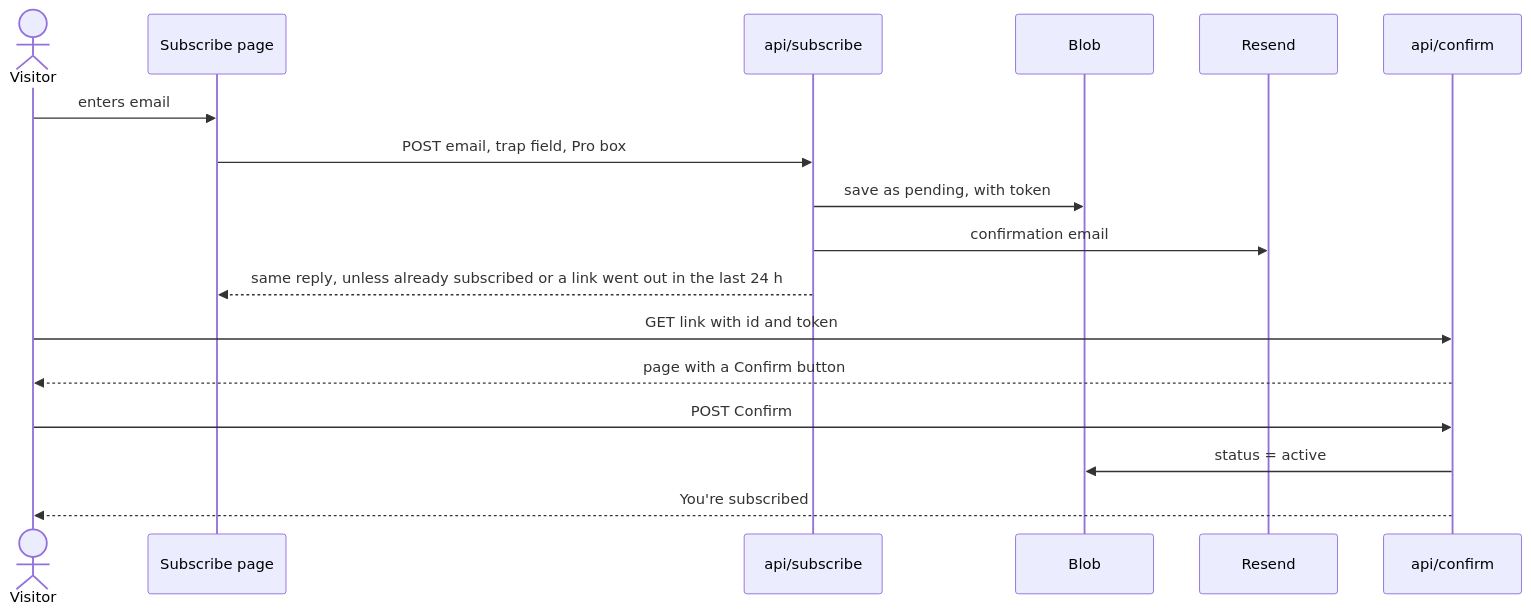
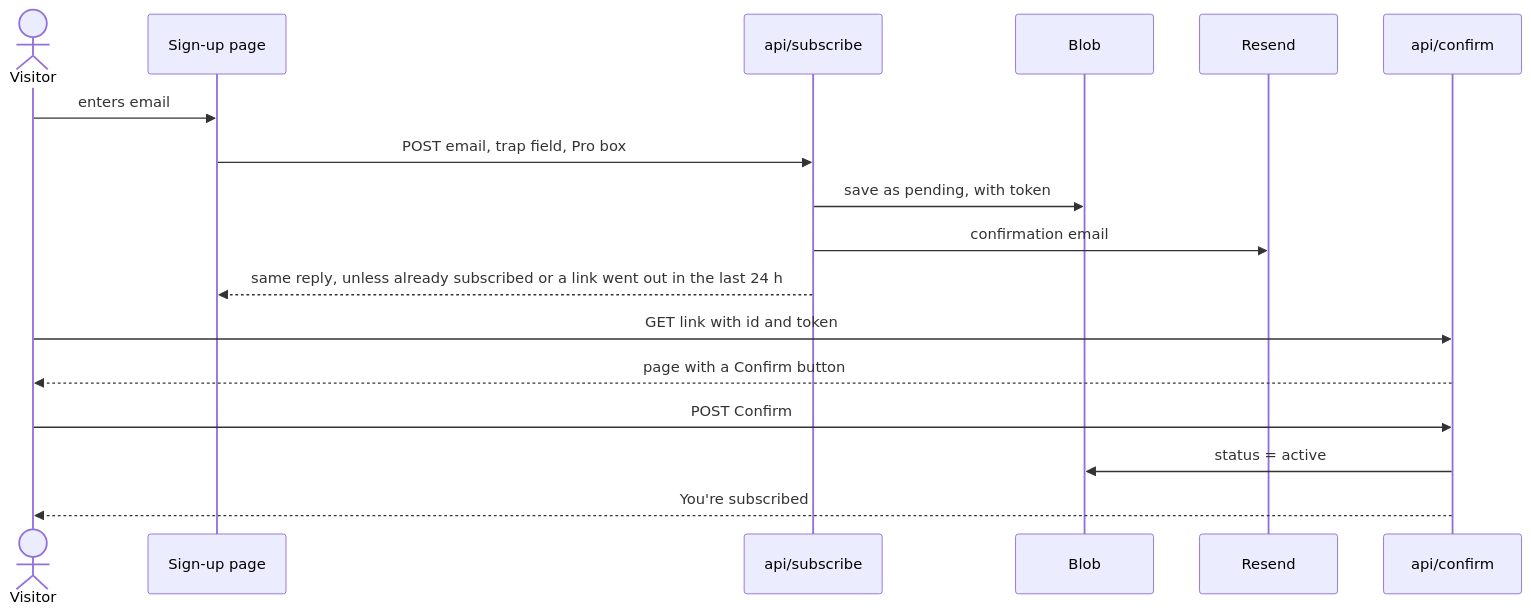
One commit to bhawnamanglapm/travel-problem-radar-case-study changed the second of 6 diagrams in docs/subscriptions/architecture.md. Above: the diagram before and after it, drawn with Mermaid. The commit also changed other lines of this file and 6 other files, not shown here.

First line of the commit message:
Docs: account-flow fixes

````diff
--- a/docs/subscriptions/architecture.md
+++ b/docs/subscriptions/architecture.md
@@ -77,19 +77,19 @@
 ```mermaid
 sequenceDiagram
   actor U as Visitor
-  participant P as Subscribe page
+  participant P as Sign-up page
   participant S as api/subscribe
   participant B as Blob
   participant R as Resend
   participant C as api/confirm
   U->>P: enters email
   P->>S: POST email, trap field, Pro box
   S->>B: save as pending, with token
   S->>R: confirmation email
   S-->>P: same reply, unless already subscribed or a link went out in the last 24 h
   U->>C: GET link with id and token
   C-->>U: page with a Confirm button
   U->>C: POST Confirm
   C->>B: status = active
   C-->>U: You're subscribed
 ```
````
